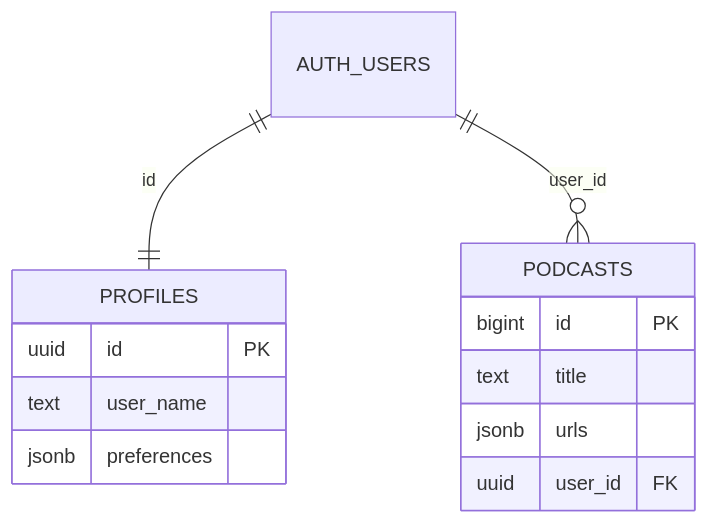
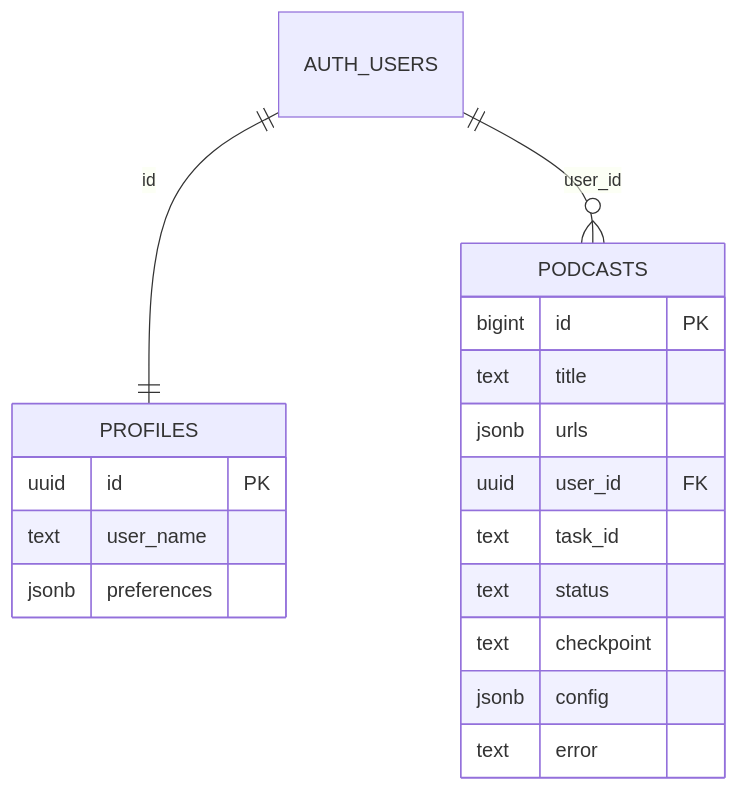
The diagram in backend/podcast_maker/services/supabase/SCHEMA.md (jeckyJeck/podcast_maker), drawn with Mermaid before and after one commit. The commit also changed other lines of this file and 31 other files, not shown here.

````diff
--- a/backend/podcast_maker/services/supabase/SCHEMA.md
+++ b/backend/podcast_maker/services/supabase/SCHEMA.md
@@ -40,18 +57,23 @@
 ```mermaid
 erDiagram
     AUTH_USERS ||--|| PROFILES : "id"
     AUTH_USERS ||--o{ PODCASTS : "user_id"
 
     PROFILES {
         uuid id PK
         text user_name
         jsonb preferences
     }
 
     PODCASTS {
         bigint id PK
         text title
         jsonb urls
         uuid user_id FK
+        text task_id
+        text status
+        text checkpoint
+        jsonb config
+        text error
     }
 ```
````
